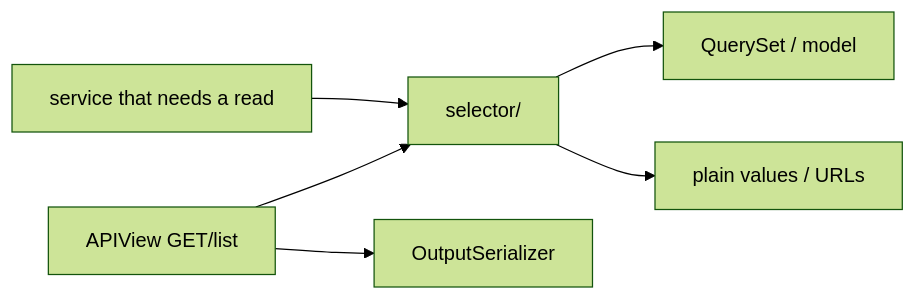
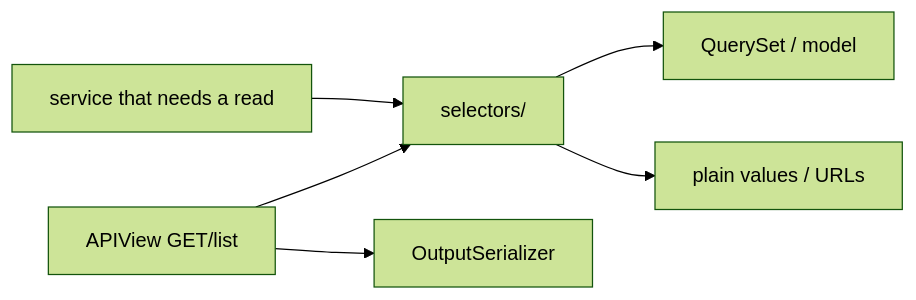
Before and after one commit to alidanial7/django-style-guide: the diagram in {{cookiecutter.project_name}}/docs/style-guide/layers/selectors.md, drawn with Mermaid (forest theme). The commit also changed other lines of this file and 29 other files, not shown here.

````diff
--- a/{{cookiecutter.project_name}}/docs/style-guide/layers/selectors.md
+++ b/{{cookiecutter.project_name}}/docs/style-guide/layers/selectors.md
@@ -36,8 +36,8 @@
 ```mermaid
 flowchart LR
-    API[APIView GET/list] --> SEL[selector/]
+    API[APIView GET/list] --> SEL[selectors/]
     SVC[service that needs a read] --> SEL
     SEL --> ORM[QuerySet / model]
     SEL --> VAL[plain values / URLs]
     API --> OUT[OutputSerializer]
 ```
````
